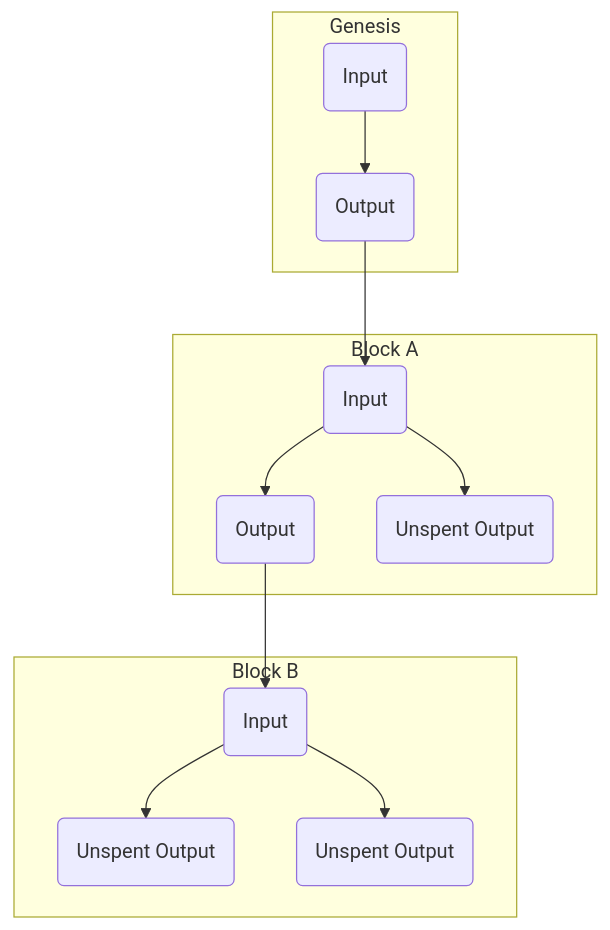
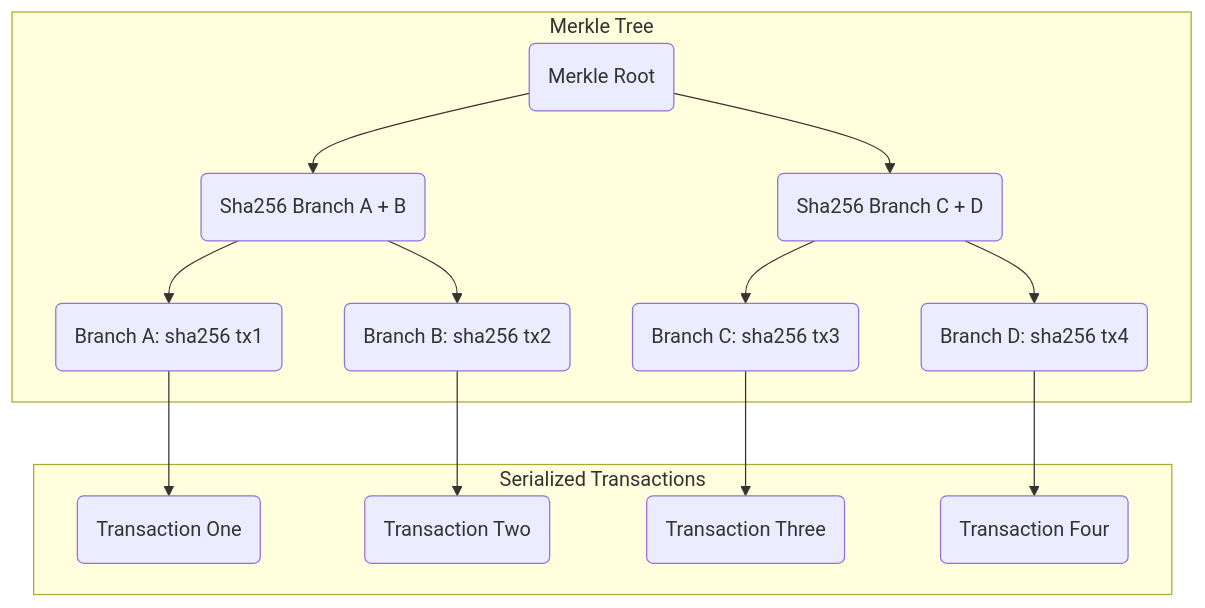
The diagram in wallet.mmd (tensor-programming/golang-blockchain), drawn with Mermaid before and after one commit. The commit also changed 8 other files, not shown here.

```diff
--- a/wallet.mmd
+++ b/wallet.mmd
@@ -1,16 +1,22 @@
 graph TD
-subgraph Genesis
-i1(Input) --> o1(Output)
+
+subgraph Merkle Tree
+a(Merkle Root) --> b
+a --> c(Sha256 Branch A + B) 
+c --> d(Branch A: sha256 tx1)
+c --> e(Branch B: sha256 tx2)
+b(Sha256 Branch C + D)  --> f(Branch C: sha256 tx3)
+b --> g(Branch D: sha256 tx4)
+
 end
+d --> tx1
+e --> tx2
+f --> tx3
+g --> tx4
 
-subgraph Block A
-i2(Input) --> o2(Output)
-o1 --> i2
-i2 --> o3(Unspent Output)
+subgraph Serialized Transactions
+tx1(Transaction One) 
+tx2(Transaction Two)  
+tx3(Transaction Three)  
+tx4(Transaction Four)  
 end
-
-subgraph Block B
-i3(Input) --> o4(Unspent  Output)
-o2 --> i3
-i3 --> o5(Unspent Output)
-end
```
